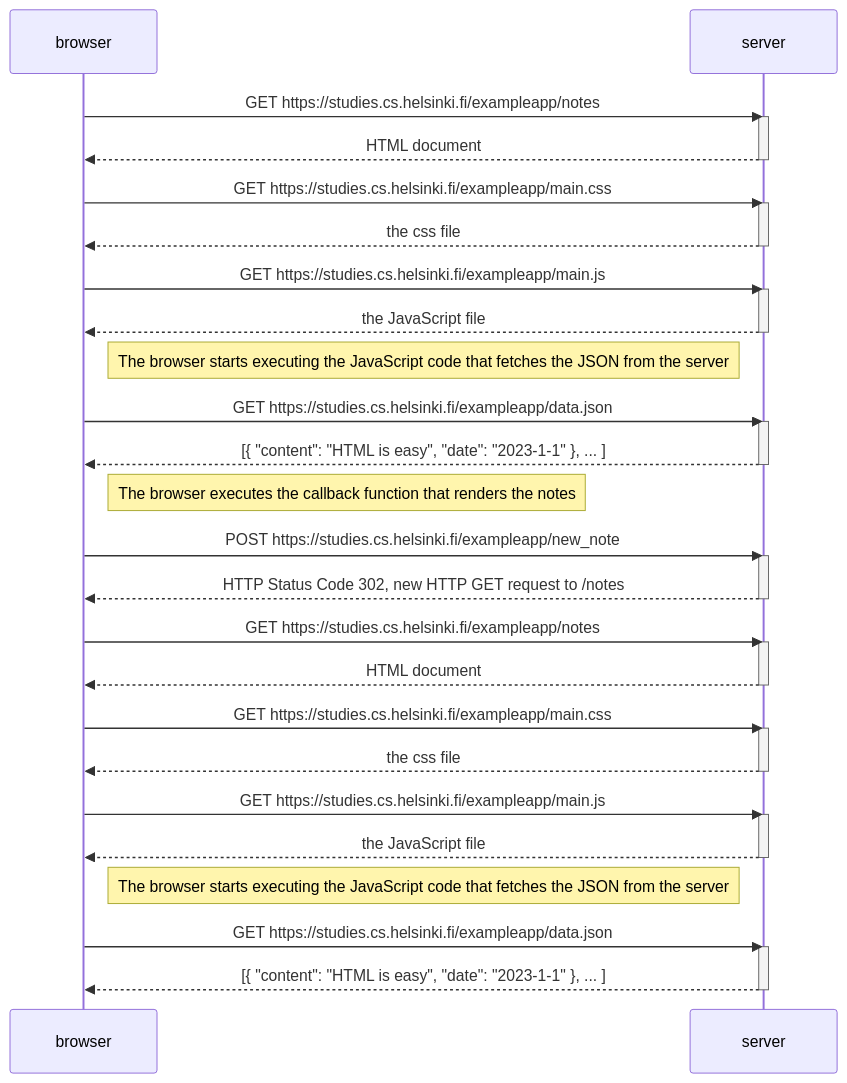
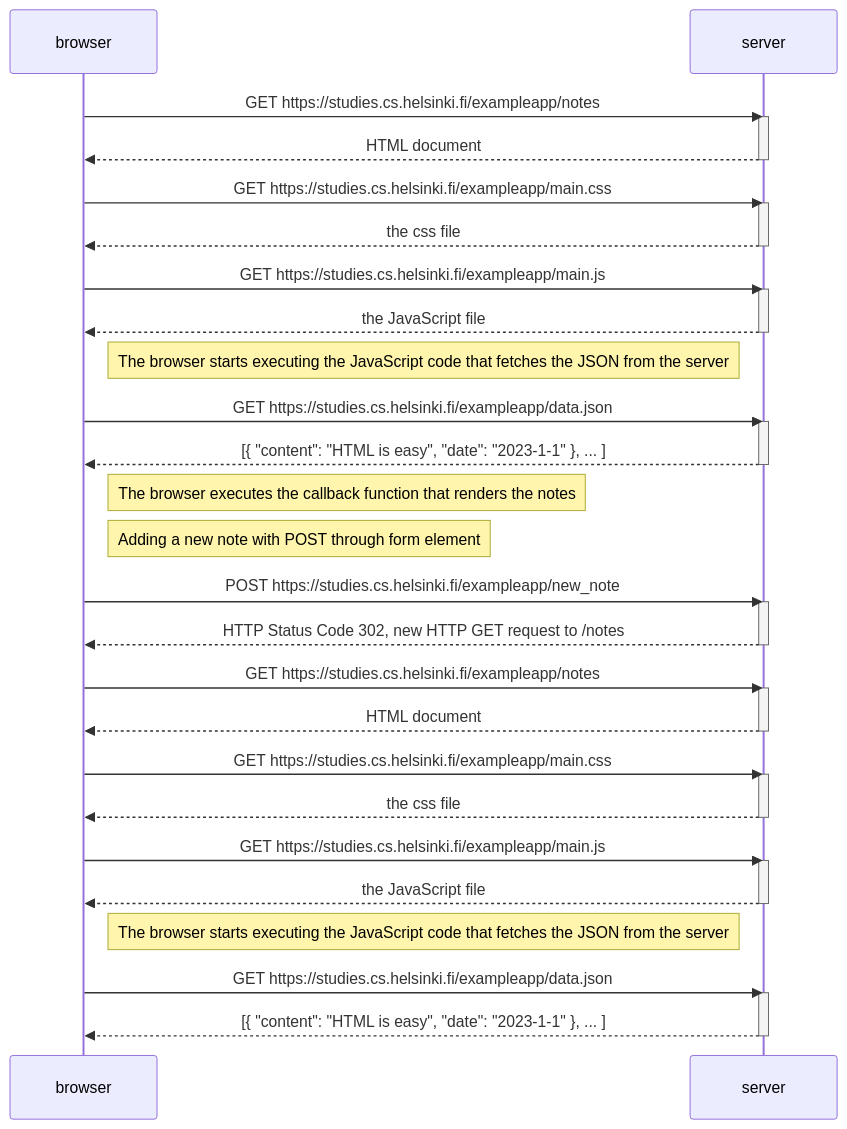
The diagram in 0.4.md (mmarhalim/part0), drawn with Mermaid before and after one commit.

````diff
--- a/0.4.md
+++ b/0.4.md
@@ -1,58 +1,60 @@
 ```mermaid
 sequenceDiagram
     participant browser
     participant server
 
     browser->>server: GET https://studies.cs.helsinki.fi/exampleapp/notes
     activate server
     server-->>browser: HTML document
     deactivate server
 
     browser->>server: GET https://studies.cs.helsinki.fi/exampleapp/main.css
     activate server
     server-->>browser: the css file
     deactivate server
 
     browser->>server: GET https://studies.cs.helsinki.fi/exampleapp/main.js
     activate server
     server-->>browser: the JavaScript file
     deactivate server
 
     Note right of browser: The browser starts executing the JavaScript code that fetches the JSON from the server
 
     browser->>server: GET https://studies.cs.helsinki.fi/exampleapp/data.json
     activate server
     server-->>browser: [{ "content": "HTML is easy", "date": "2023-1-1" }, ... ]
     deactivate server
 
     Note right of browser: The browser executes the callback function that renders the notes
+
+    Note right of browser: Adding a new note with POST through form element
 
     browser->>server: POST https://studies.cs.helsinki.fi/exampleapp/new_note
     activate server
     server-->>browser: HTTP Status Code 302, new HTTP GET request to /notes
     deactivate server
 
      browser->>server: GET https://studies.cs.helsinki.fi/exampleapp/notes
     activate server
     server-->>browser: HTML document
     deactivate server
 
     browser->>server: GET https://studies.cs.helsinki.fi/exampleapp/main.css
     activate server
     server-->>browser: the css file
     deactivate server
 
     browser->>server: GET https://studies.cs.helsinki.fi/exampleapp/main.js
     activate server
     server-->>browser: the JavaScript file
     deactivate server
 
     Note right of browser: The browser starts executing the JavaScript code that fetches the JSON from the server
 
     browser->>server: GET https://studies.cs.helsinki.fi/exampleapp/data.json
     activate server
     server-->>browser: [{ "content": "HTML is easy", "date": "2023-1-1" }, ... ]
     deactivate server
 
 
 ```
````
